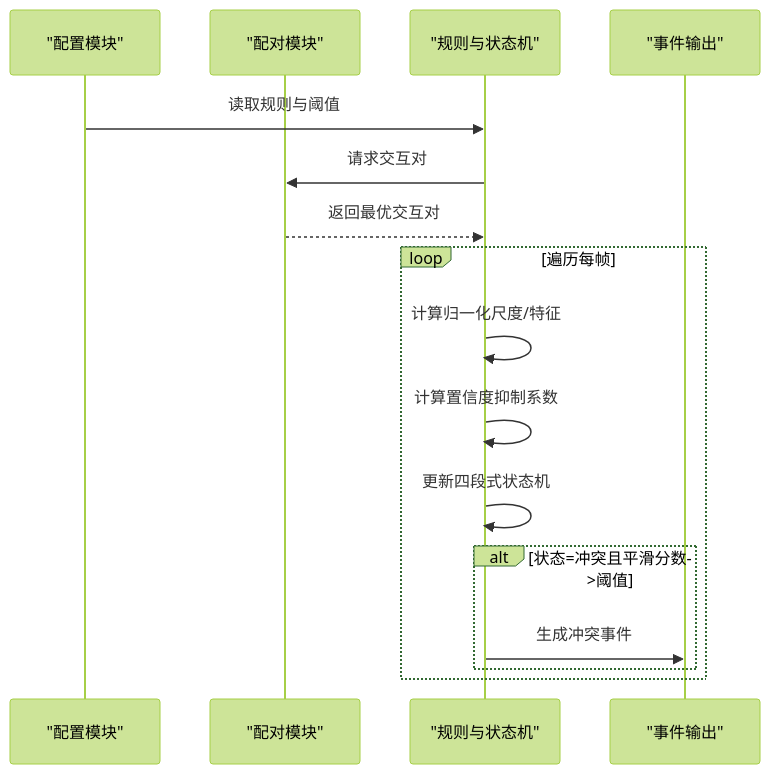
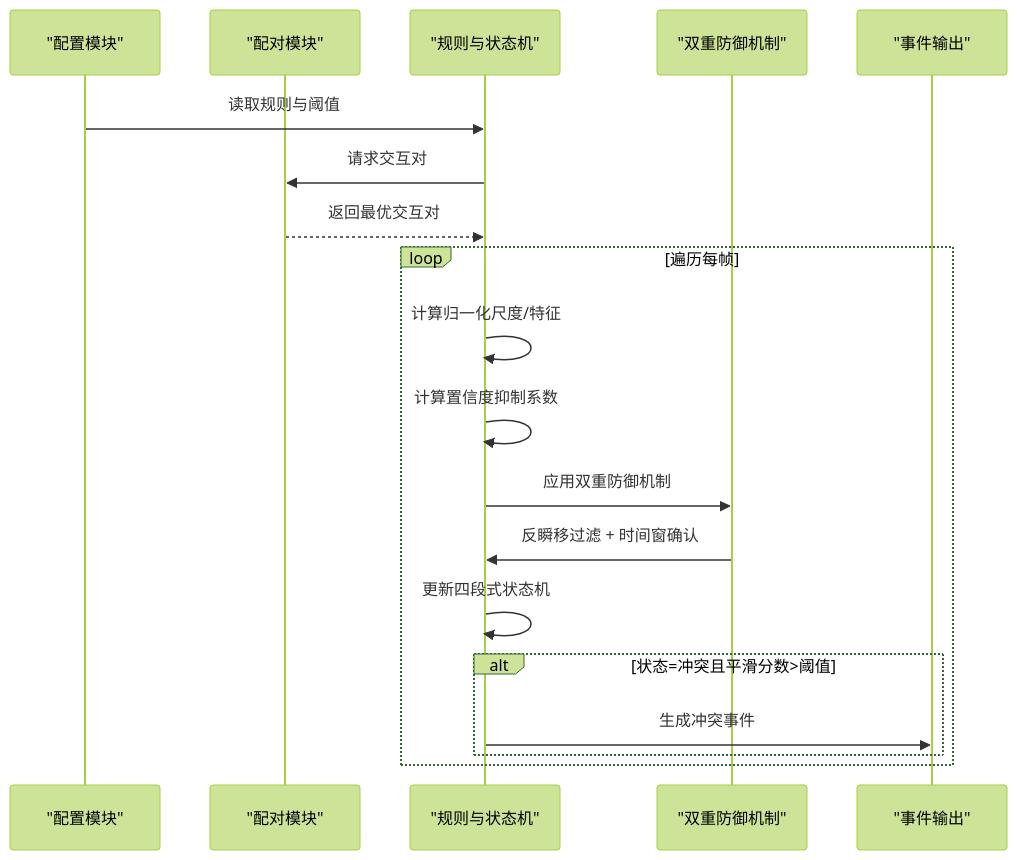
The second of 8 diagrams in .qoder/repowiki/zh/content/核心模块详解/冲突检测算法.md (yuankr3-sysu-seit/kidguard), drawn with Mermaid (forest theme) before and after one commit. The commit also changed other lines of this file and 7 other files, not shown here.

````diff
--- a/.qoder/repowiki/zh/content/核心模块详解/冲突检测算法.md
+++ b/.qoder/repowiki/zh/content/核心模块详解/冲突检测算法.md
@@ -88,18 +91,21 @@
 ```mermaid
 sequenceDiagram
 participant Cfg as "配置模块"
 participant Pair as "配对模块"
 participant Rules as "规则与状态机"
+participant Def as "双重防御机制"
 participant Out as "事件输出"
 Cfg->>Rules : 读取规则与阈值
 Rules->>Pair : 请求交互对
 Pair-->>Rules : 返回最优交互对
 loop 遍历每帧
 Rules->>Rules : 计算归一化尺度/特征
 Rules->>Rules : 计算置信度抑制系数
+Rules->>Def : 应用双重防御机制
+Def->>Rules : 反瞬移过滤 + 时间窗确认
 Rules->>Rules : 更新四段式状态机
 alt 状态=冲突且平滑分数>阈值
 Rules->>Out : 生成冲突事件
 end
 end
 ```
````
